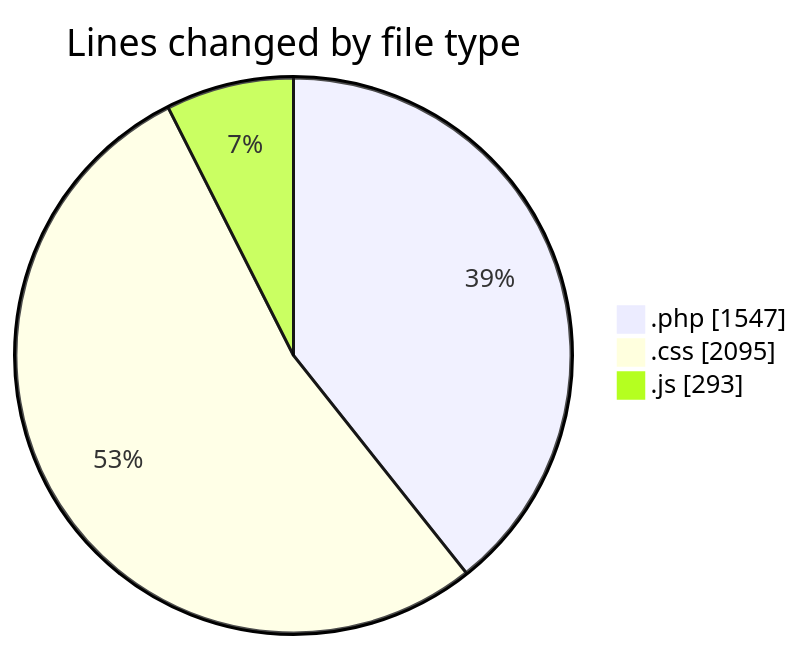
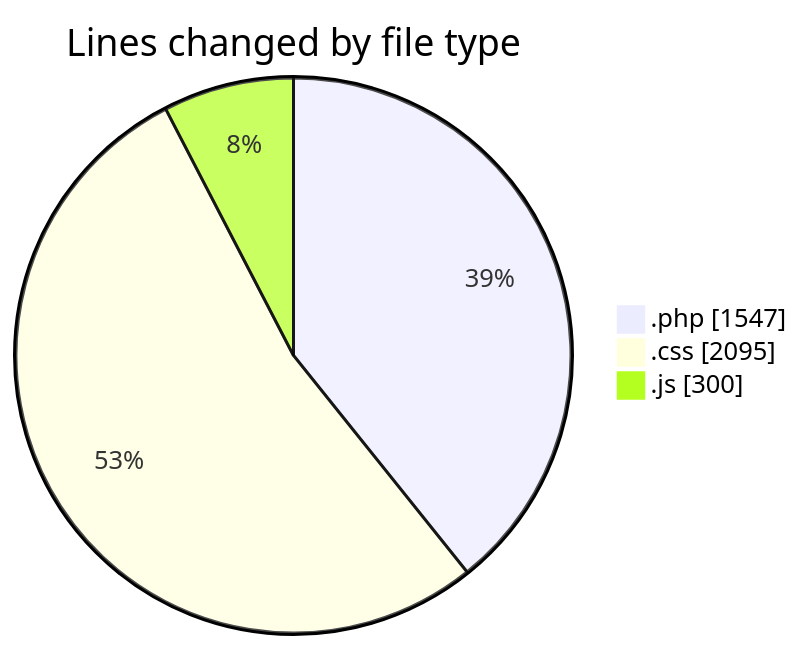
One commit to debugP/code-tracking changed the first of 2 diagrams in 2025-10-23/untitled__workspace_/README.md. Above: the diagram before and after it, drawn with Mermaid. The commit also changed other lines of this file and 1 other file, not shown here.

````diff
--- a/2025-10-23/untitled__workspace_/README.md
+++ b/2025-10-23/untitled__workspace_/README.md
@@ -25,7 +25,7 @@
 ```mermaid
 pie showData
 title Lines changed by file type
 ".php" : 1547
 ".css" : 2095
-".js" : 293
+".js" : 300
 ```
````
